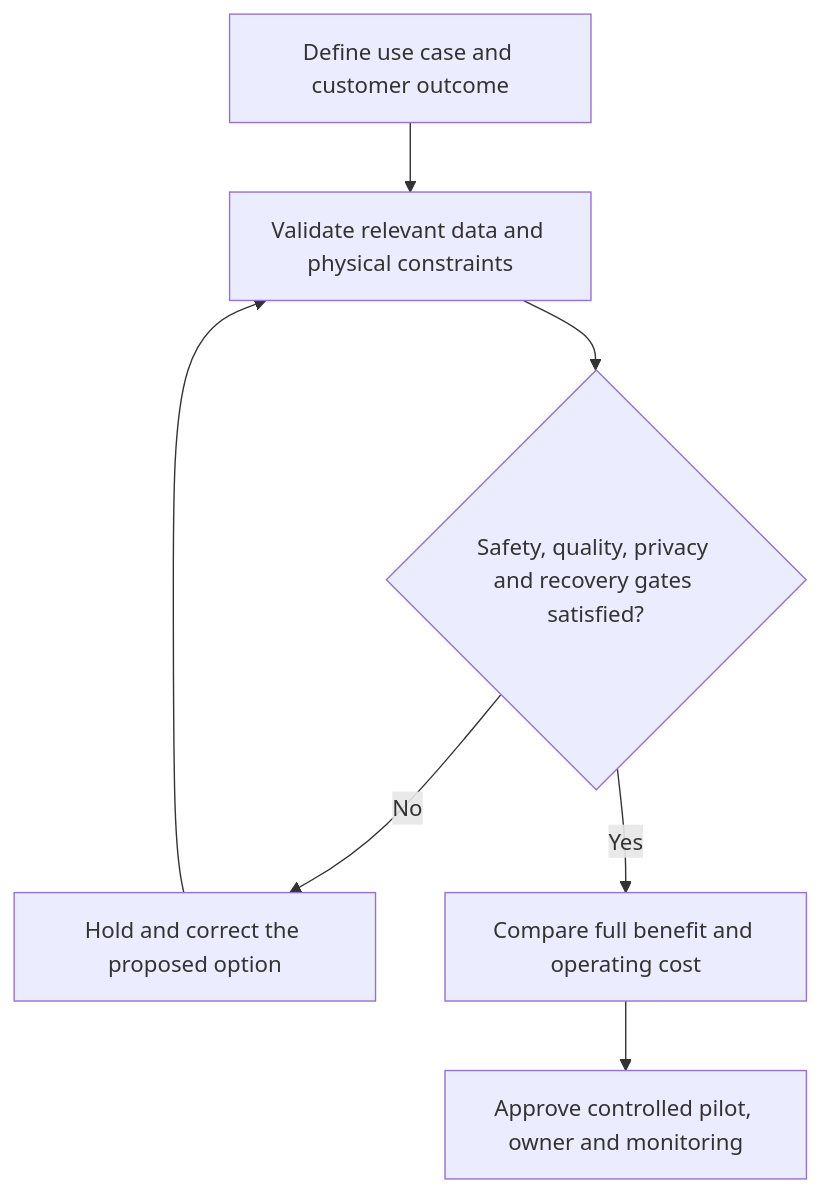
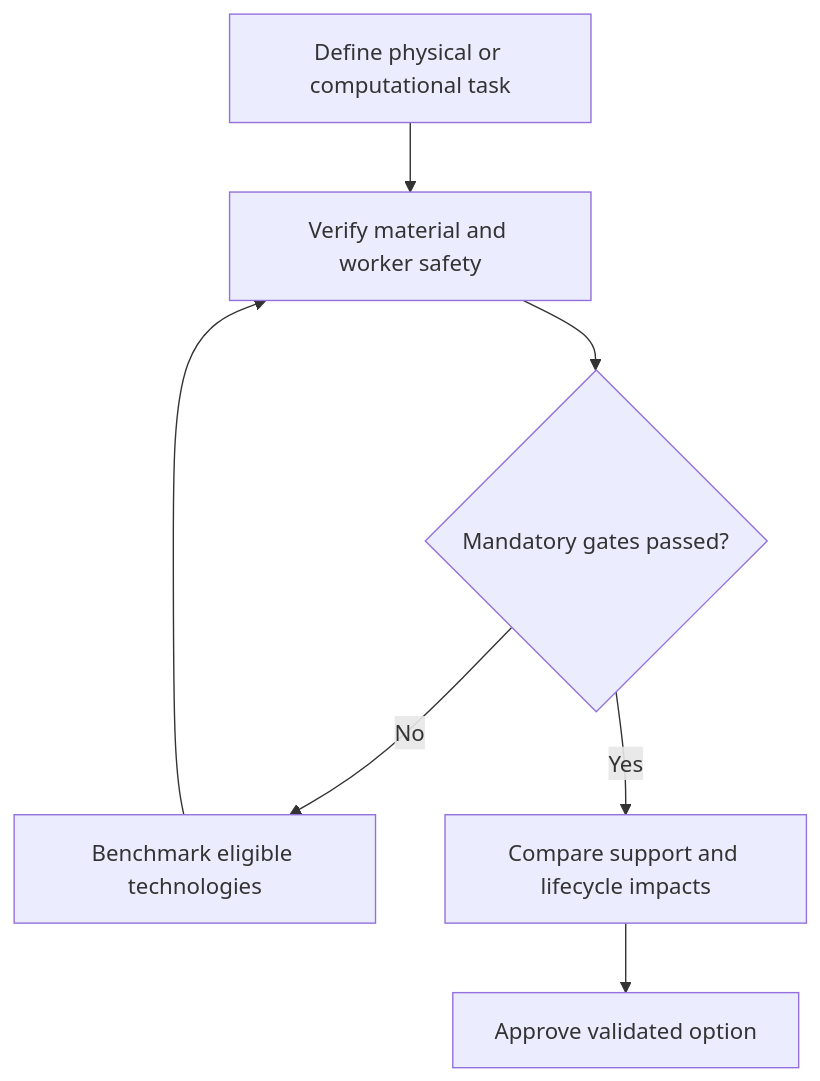
The diagram in 08-optimization-sustainability-technology/section-c-technology-trends/04-additive-ar-wearables-robots-drones-quantum.md (theleanx/SupplyChain-Design-Notes), drawn with Mermaid before and after one commit. The commit also changed other lines of this file and 8 other files, not shown here.

````diff
--- a/08-optimization-sustainability-technology/section-c-technology-trends/04-additive-ar-wearables-robots-drones-quantum.md
+++ b/08-optimization-sustainability-technology/section-c-technology-trends/04-additive-ar-wearables-robots-drones-quantum.md
@@ -38,9 +38,9 @@
 ```mermaid
 flowchart TD
-    A[Define use case and customer outcome] --> B[Validate relevant data and physical constraints]
-    B --> C{Safety, quality, privacy and recovery gates satisfied?}
-    C -- No --> D[Hold and correct the proposed option]
+    A[Define physical or computational task] --> B[Verify material and worker safety]
+    B --> C{Mandatory gates passed?}
+    C -- No --> D[Benchmark eligible technologies]
     D --> B
-    C -- Yes --> E[Compare full benefit and operating cost]
-    E --> F[Approve controlled pilot, owner and monitoring]
+    C -- Yes --> E[Compare support and lifecycle impacts]
+    E --> F[Approve validated option]
 ```
````
